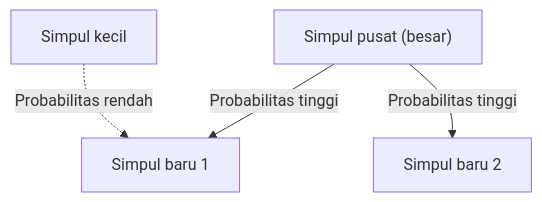
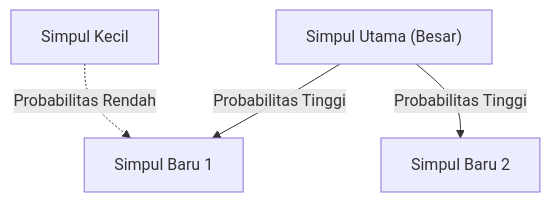
The diagram in content/post/zipfs-law/index.id.md (kenjinote/blog), drawn with Mermaid before and after one commit. The commit also changed other lines of this file and 97 other files, not shown here.

````diff
--- a/content/post/zipfs-law/index.id.md
+++ b/content/post/zipfs-law/index.id.md
@@ -115,6 +115,6 @@
 ```mermaid
 graph TD
-  A["Simpul pusat (besar)"] -->|"Probabilitas tinggi"| B["Simpul baru 1"]
-  A -->|"Probabilitas tinggi"| C["Simpul baru 2"]
-  D["Simpul kecil"] -.->|"Probabilitas rendah"| B
+  A["Simpul Utama (Besar)"] -->|"Probabilitas Tinggi"| B["Simpul Baru 1"]
+  A -->|"Probabilitas Tinggi"| C["Simpul Baru 2"]
+  D["Simpul Kecil"] -.->|"Probabilitas Rendah"| B
 ```
````
